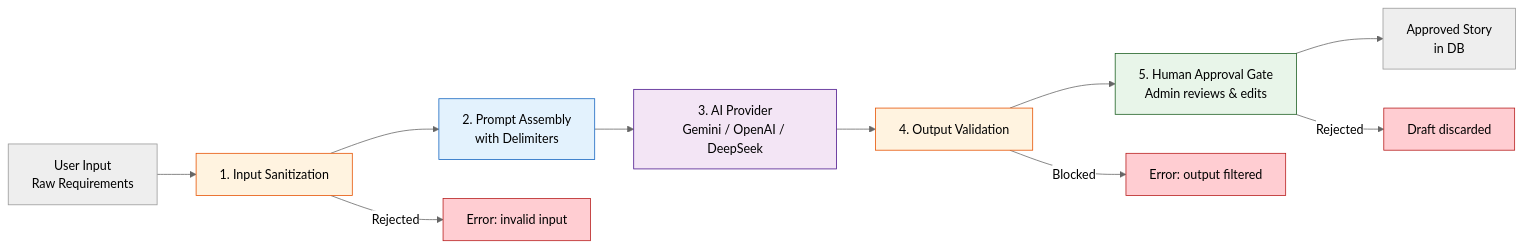
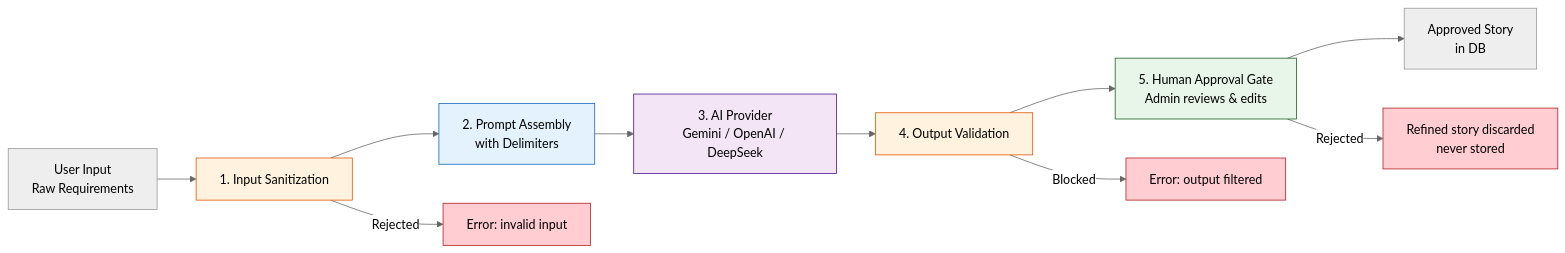
The fourth of 4 diagrams in docs/03-architecture/security/security-architecture.md (alonsovndev/open-projects-hub-docs), drawn with Mermaid (neutral theme) before and after one commit. The commit also changed other lines of this file and 8 other files, not shown here.

````diff
--- a/docs/03-architecture/security/security-architecture.md
+++ b/docs/03-architecture/security/security-architecture.md
@@ -342,22 +342,22 @@
 ```mermaid
 flowchart LR
     A[User Input<br/>Raw Requirements] --> B[1. Input Sanitization]
     B --> C[2. Prompt Assembly<br/>with Delimiters]
     C --> D[3. AI Provider<br/>Gemini / OpenAI / DeepSeek]
     D --> E[4. Output Validation]
     E --> F[5. Human Approval Gate<br/>Admin reviews & edits]
     F --> G[Approved Story<br/>in DB]
 
     B -->|Rejected| R1[Error: invalid input]
     E -->|Blocked| R2[Error: output filtered]
-    F -->|Rejected| R3[Draft discarded]
+    F -->|Rejected| R3[Refined story discarded<br/>never stored]
 
     style B fill:#fff3e0,stroke:#e65100
     style C fill:#e3f2fd,stroke:#1565c0
     style D fill:#f3e5f5,stroke:#4a148c
     style E fill:#fff3e0,stroke:#e65100
     style F fill:#e8f5e9,stroke:#1b5e20
     style R1 fill:#ffcdd2,stroke:#b71c1c
     style R2 fill:#ffcdd2,stroke:#b71c1c
     style R3 fill:#ffcdd2,stroke:#b71c1c
 ```
````
